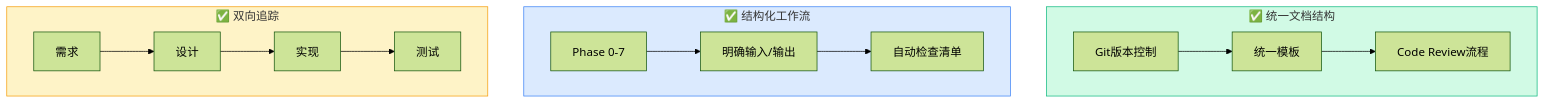
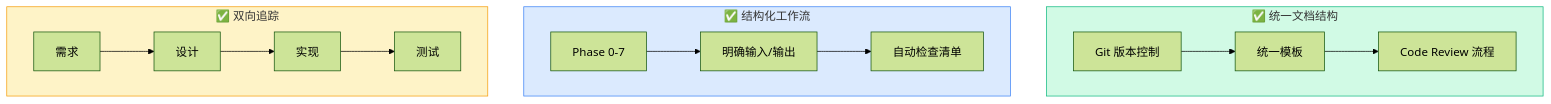
The first of 6 diagrams in content/posts/tech/arc-kit-enterprise-architecture-governance.md (A1pha3/text-matrix), drawn with Mermaid (forest theme) before and after one commit. The commit also changed other lines of this file and 221 other files, not shown here.

````diff
--- a/content/posts/tech/arc-kit-enterprise-architecture-governance.md
+++ b/content/posts/tech/arc-kit-enterprise-architecture-governance.md
@@ -88,25 +88,25 @@
 ```mermaid
 flowchart TB
     subgraph 文档统一 [✅ 统一文档结构]
         direction LR
-        A1[Git版本控制] --> A2[统一模板]
-        A2 --> A3[Code Review流程]
+        A1[Git 版本控制] --> A2[统一模板]
+        A2 --> A3[Code Review 流程]
     end
 
     subgraph 流程标准化 [✅ 结构化工作流]
         direction LR
         B1[Phase 0-7] --> B2[明确输入/输出]
         B2 --> B3[自动检查清单]
     end
 
     subgraph 可追溯性 [✅ 双向追踪]
         direction LR
         C1[需求] --> C2[设计]
         C2 --> C3[实现]
         C3 --> C4[测试]
     end
 
     style 文档统一 fill:#d1fae5,stroke:#10b981
     style 流程标准化 fill:#dbeafe,stroke:#3b82f6
     style 可追溯性 fill:#fef3c7,stroke:#f59e0b
 ```
````
